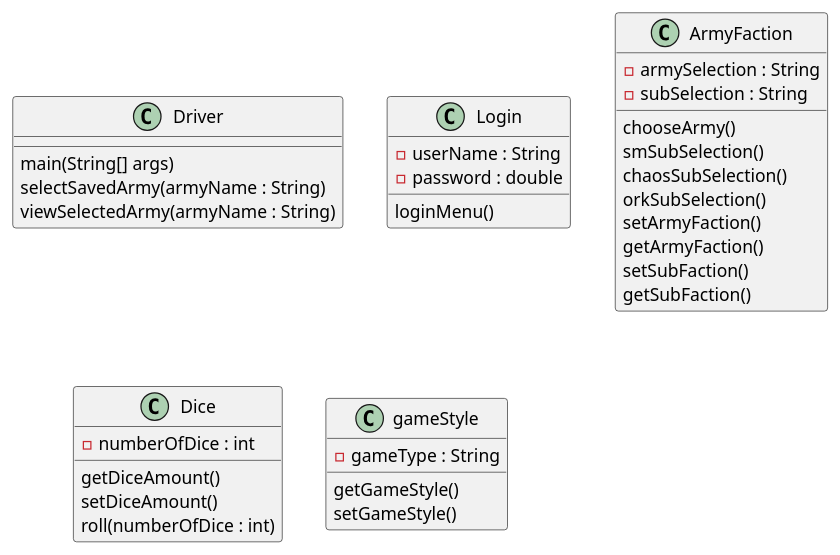
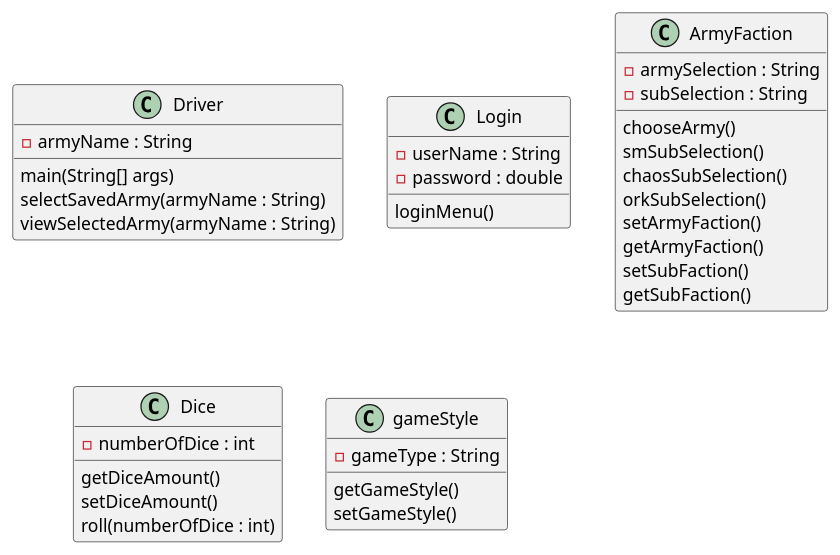
The diagram in Classes.puml (paradoxl/warhammer), drawn with PlantUML before and after one commit.

Commit message:
forgot armyName in driver

```diff
--- a/Classes.puml
+++ b/Classes.puml
@@ -1,43 +1,44 @@
 @startuml Warhammer
 
 class Driver{
+    - armyName : String
 main(String[] args)
 selectSavedArmy(armyName : String)
 viewSelectedArmy(armyName : String)
 }
 
 class Login{
     -userName : String
     -password : double
     loginMenu()
 
 
 }
 
 class ArmyFaction{
     - armySelection : String
     - subSelection : String
     chooseArmy()
     smSubSelection()
     chaosSubSelection()
     orkSubSelection()
     setArmyFaction()
     getArmyFaction()
     setSubFaction()
     getSubFaction()
 
 }
 
 class Dice{
     -numberOfDice : int
 getDiceAmount()
 setDiceAmount()
 roll(numberOfDice : int)
 }
 
 class gameStyle{
     - gameType : String
     getGameStyle()
     setGameStyle()
 }
 @enduml
```
